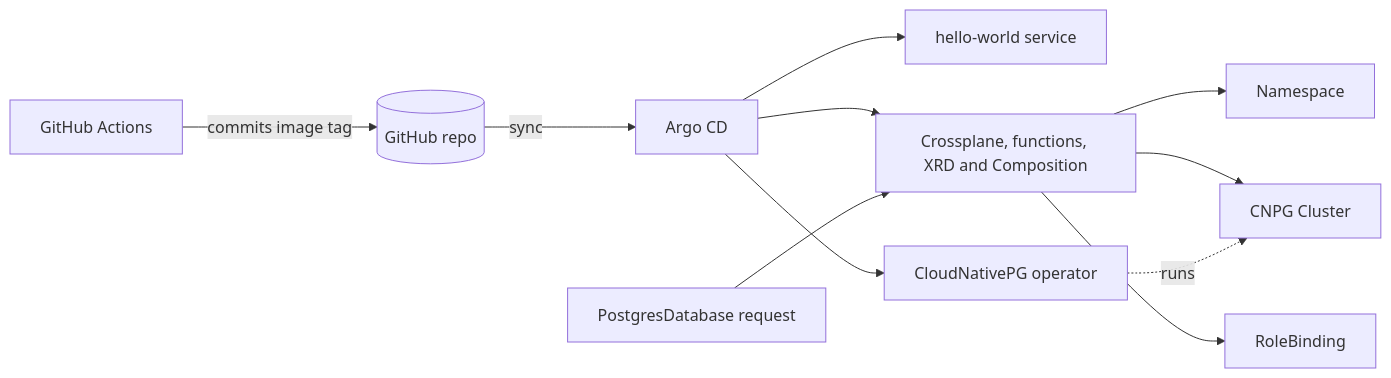
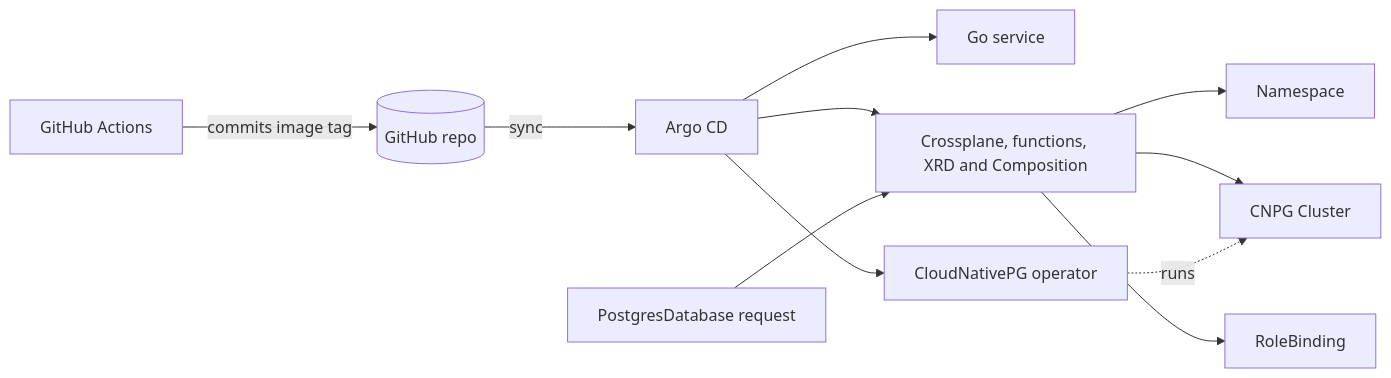
The diagram in README.md (rcarlson-devops/self-service-idp), drawn with Mermaid before and after one commit. The commit also changed other lines of this file and 9 other files, not shown here.

Commit message:
Replacing hello-world with app

````diff
--- a/README.md
+++ b/README.md
@@ -70,13 +70,13 @@
 ```mermaid
 flowchart LR
     CI[GitHub Actions] -->|commits image tag| Git[(GitHub repo)]
     Git -->|sync| Argo[Argo CD]
-    Argo --> App[hello-world service]
+    Argo --> App[Go service]
     Argo --> CP[Crossplane, functions, XRD and Composition]
     Argo --> CNPG[CloudNativePG operator]
     Req[PostgresDatabase request] --> CP
     CP --> NS[Namespace]
     CP --> DB[CNPG Cluster]
     CP --> RB[RoleBinding]
     CNPG -.->|runs| DB
 ```
````
